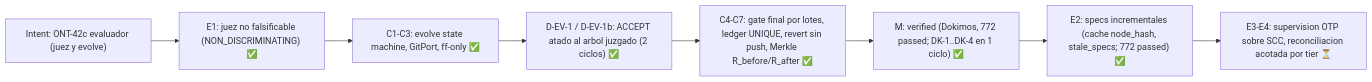
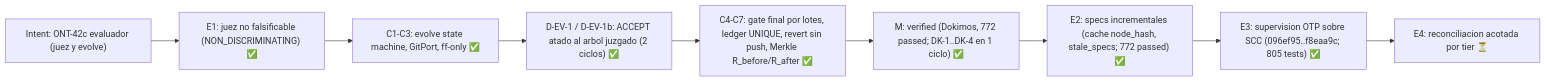
Diagram 21 of 25 in README.md (ancrz/agent-execution-plane), drawn with Mermaid before and after one commit. The commit also changed other lines of this file and 4 other files, not shown here.

````diff
--- a/README.md
+++ b/README.md
@@ -1117,10 +1117,11 @@
 ```mermaid
 flowchart LR
     I["Intent: ONT-42c evaluador (juez y evolve)"] --> E1["E1: juez no falsificable (NON_DISCRIMINATING) ✅"]
     E1 --> C13["C1-C3: evolve state machine, GitPort, ff-only ✅"]
     C13 --> D["D-EV-1 / D-EV-1b: ACCEPT atado al arbol juzgado (2 ciclos) ✅"]
     D --> C47["C4-C7: gate final por lotes, ledger UNIQUE, revert sin push, Merkle R_before/R_after ✅"]
     C47 --> V["M: verified (Dokimos, 772 passed; DK-1..DK-4 en 1 ciclo) ✅"]
     V --> E2["E2: specs incrementales (cache node_hash, stale_specs; 772 passed) ✅"]
-    E2 --> E34["E3-E4: supervision OTP sobre SCC, reconciliacion acotada por tier ⏳"]
+    E2 --> E3["E3: supervision OTP sobre SCC (096ef95..f8eaa9c; 805 tests) ✅"]
+    E3 --> E4["E4: reconciliacion acotada por tier ⏳"]
 ```
````
